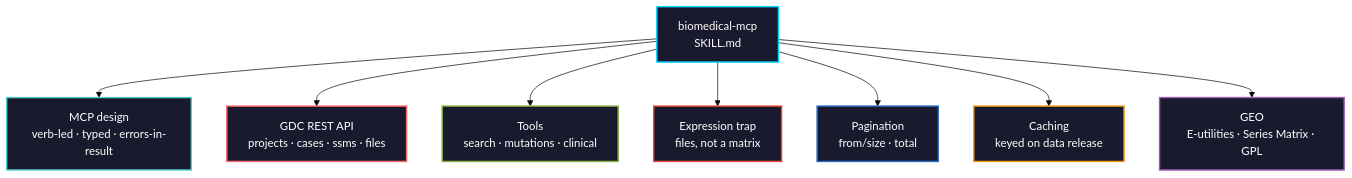
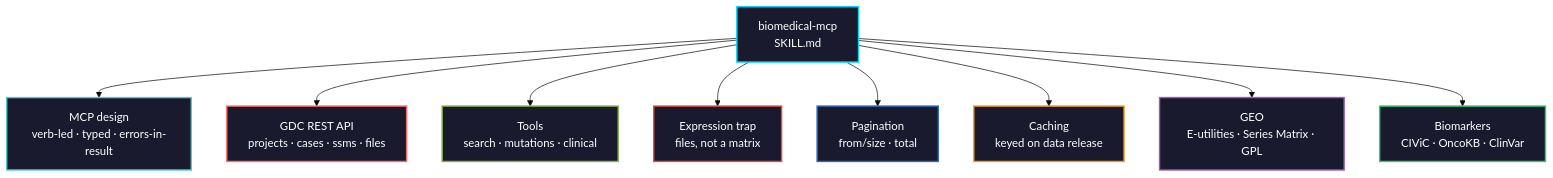
One commit to zamushwani/biomedical-ai-skills changed the diagram in skills/biomedical-mcp/README.md. Above: the diagram before and after it, drawn with Mermaid (base theme). The commit also changed other lines of this file and 6 other files, not shown here.

Commit message:
Add biomarker database aggregation (CIViC/OncoKB/ClinVar) to biomedical-mcp

````diff
--- a/skills/biomedical-mcp/README.md
+++ b/skills/biomedical-mcp/README.md
@@ -7,18 +7,20 @@
 ```mermaid
 graph TD
     A["biomedical-mcp<br>SKILL.md"] --> B["MCP design<br>verb-led · typed · errors-in-result"]
     A --> C["GDC REST API<br>projects · cases · ssms · files"]
     A --> D["Tools<br>search · mutations · clinical"]
     A --> E["Expression trap<br>files, not a matrix"]
     A --> F["Pagination<br>from/size · total"]
     A --> G["Caching<br>keyed on data release"]
     A --> H["GEO<br>E-utilities · Series Matrix · GPL"]
+    A --> I["Biomarkers<br>CIViC · OncoKB · ClinVar"]
     style A fill:#1a1a2e,stroke:#00d9ff,color:#fff,stroke-width:2px
     style B fill:#1a1a2e,stroke:#4ecdc4,color:#fff,stroke-width:2px
     style C fill:#1a1a2e,stroke:#ff6b6b,color:#fff,stroke-width:2px
     style D fill:#1a1a2e,stroke:#87b13f,color:#fff,stroke-width:2px
     style E fill:#1a1a2e,stroke:#e84d3c,color:#fff,stroke-width:2px
     style F fill:#1a1a2e,stroke:#276DC3,color:#fff,stroke-width:2px
     style G fill:#1a1a2e,stroke:#f39c12,color:#fff,stroke-width:2px
     style H fill:#1a1a2e,stroke:#9b59b6,color:#fff,stroke-width:2px
+    style I fill:#1a1a2e,stroke:#2ecc71,color:#fff,stroke-width:2px
 ```
````
